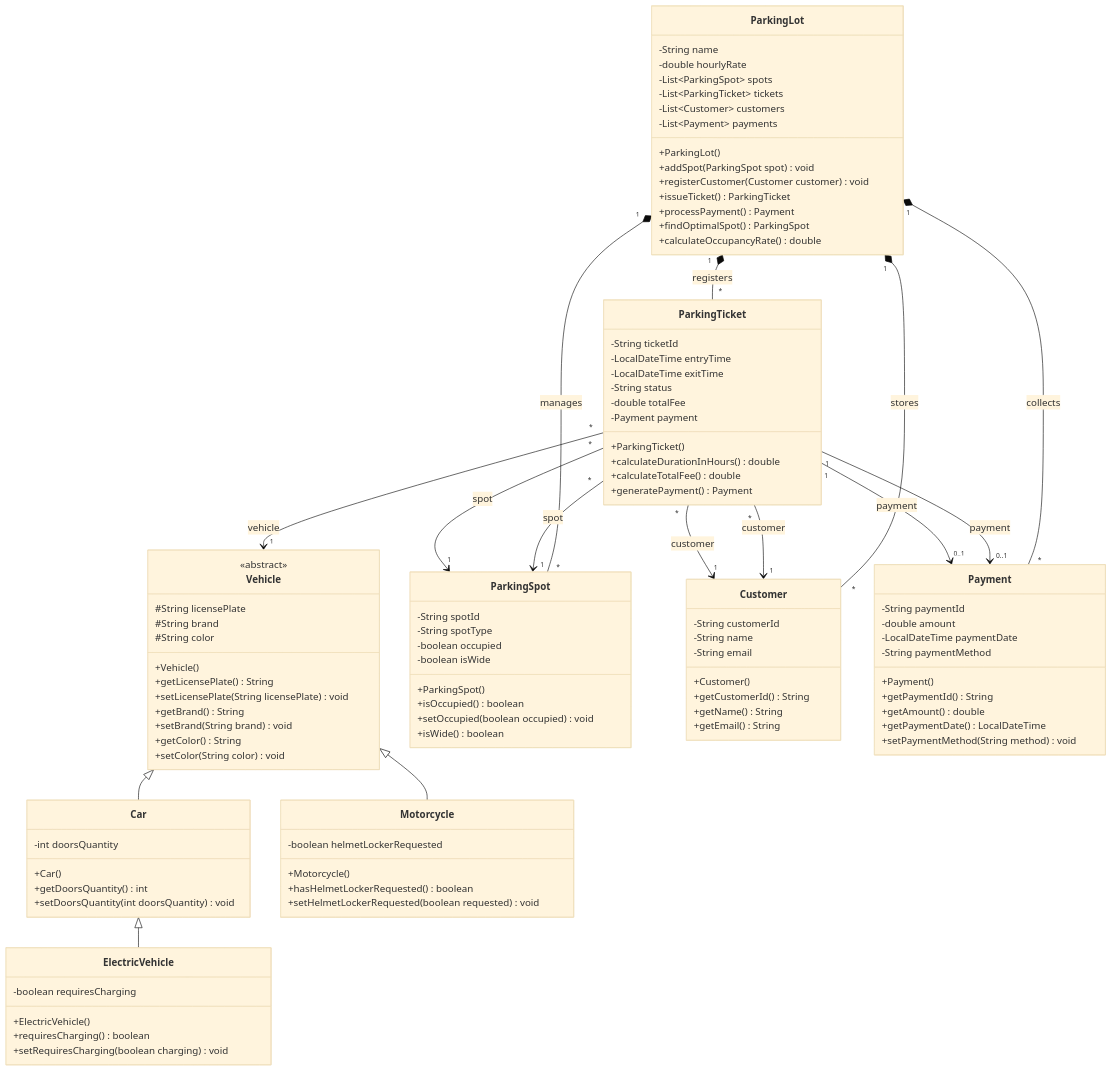
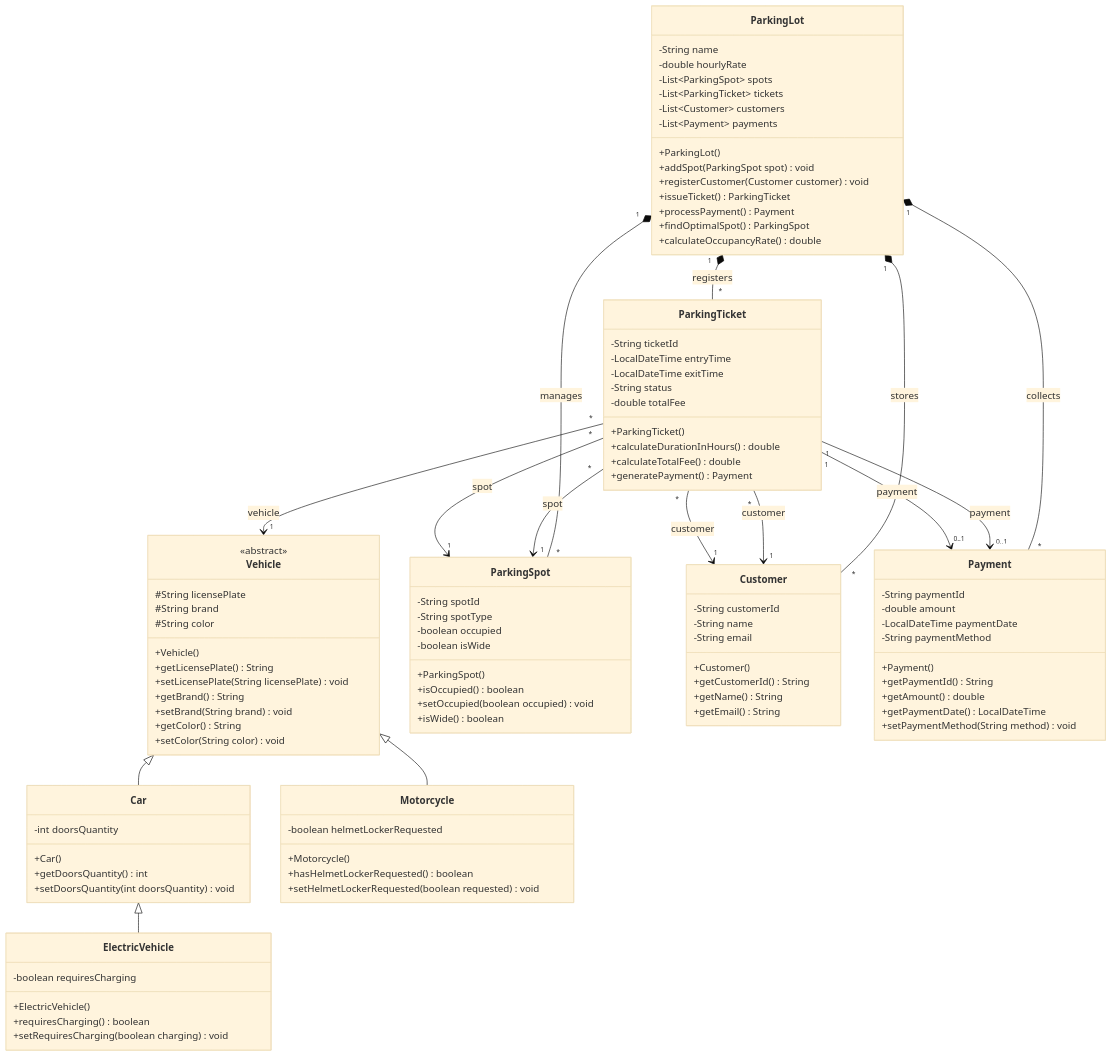
One commit to Quinchia2/POO_FinalProject_Quinchia_Narvaez changed the diagram in README.md. Above: the diagram before and after it, drawn with Mermaid (base theme).

Commit message:
Remove Payment attribute from ParkingTicket class
Removed 'Payment' from the ParkingTicket class attributes.

```diff
--- a/README.md
+++ b/README.md
@@ -135,7 +135,6 @@
        -LocalDateTime exitTime
        -String status
        -double totalFee
-       -Payment payment
        +ParkingTicket()
        +calculateDurationInHours() double
        +calculateTotalFee() double
```
